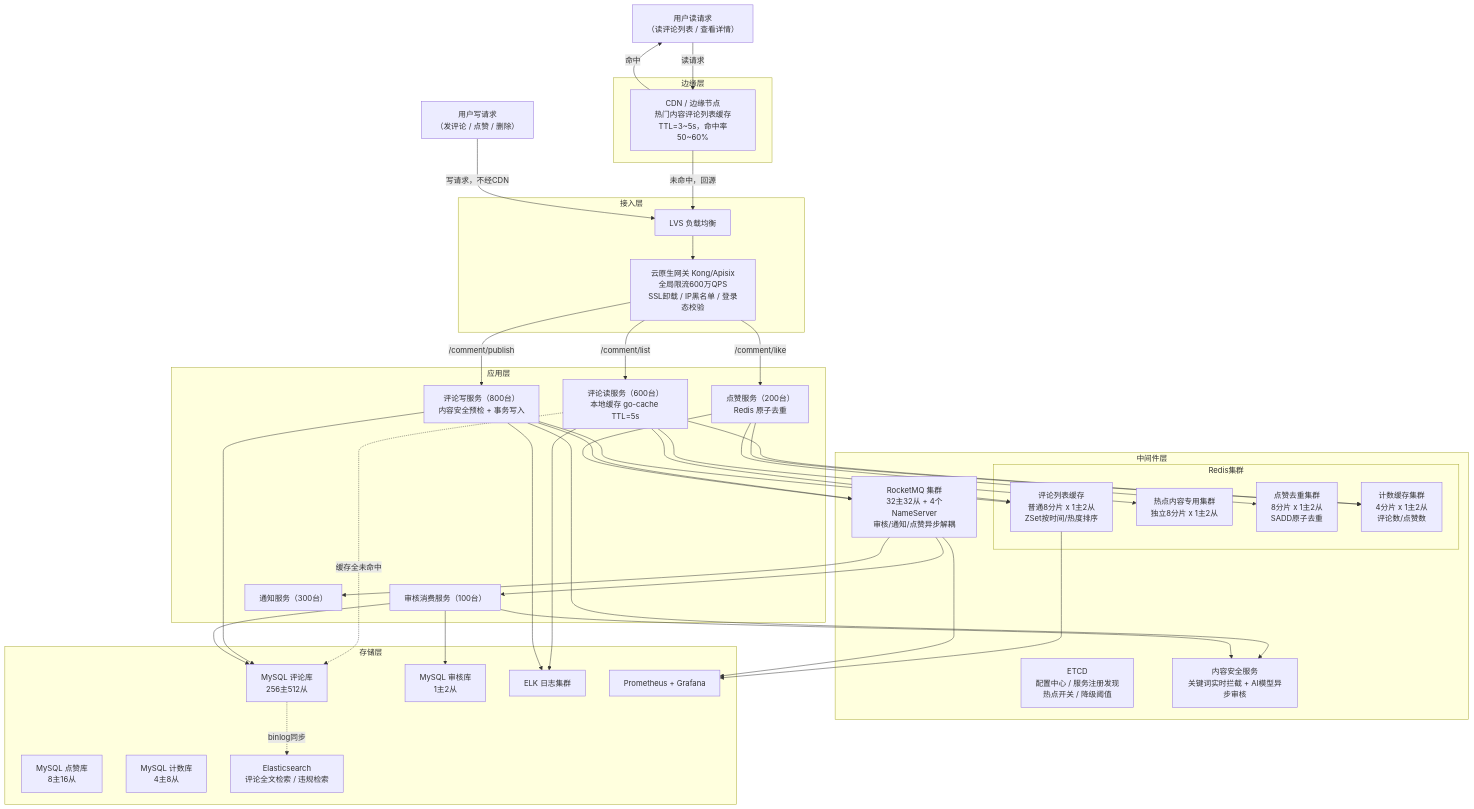
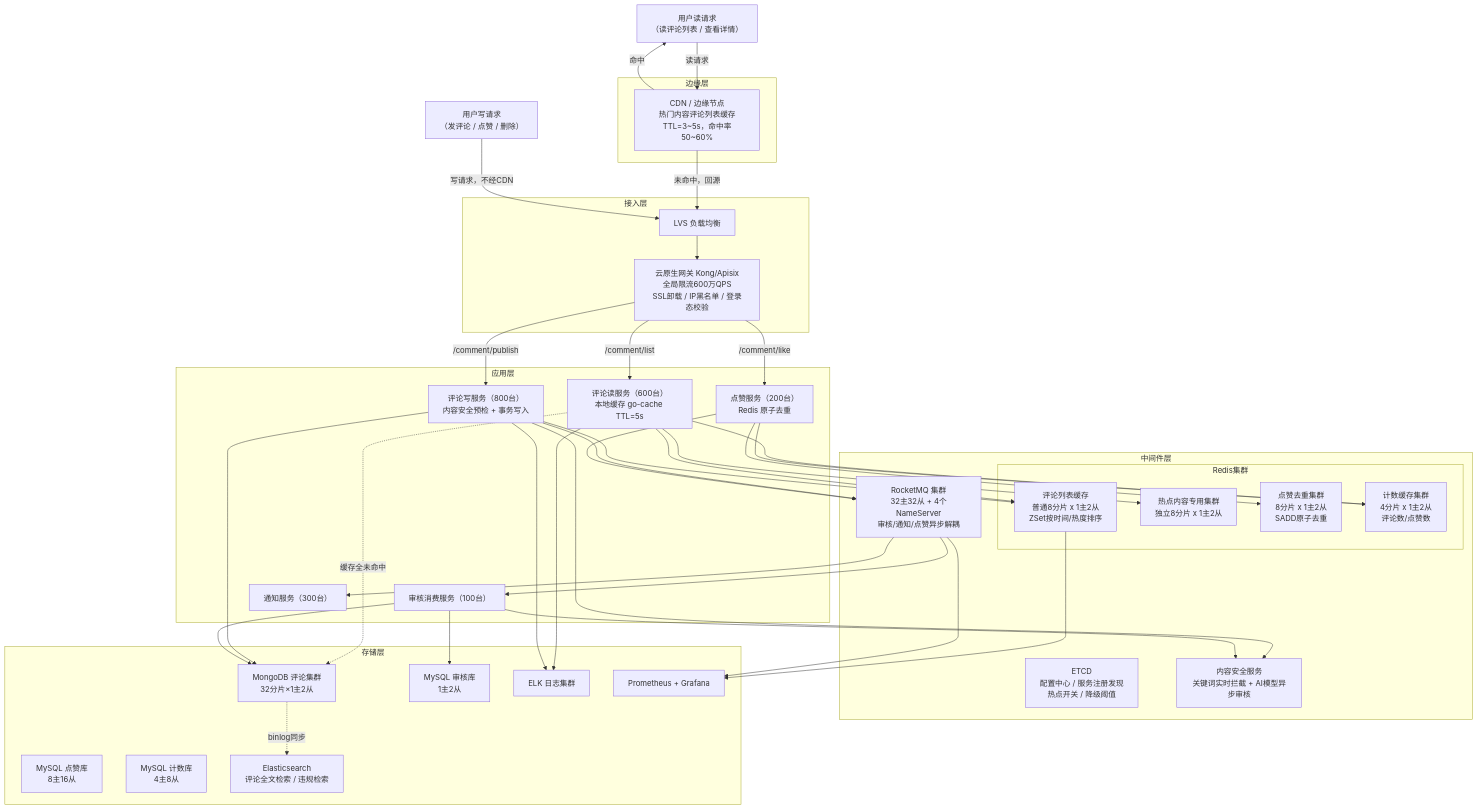
One commit to anjiadoo/my-algo-plan changed the diagram in system-design/comment-system-design.md. Above: the diagram before and after it, drawn with Mermaid. The commit also changed other lines of this file and 6 other files, not shown here.

```diff
--- a/system-design/comment-system-design.md
+++ b/system-design/comment-system-design.md
@@ -341,7 +360,7 @@
     end
 
     subgraph 存储层
-        DB_COMMENT["MySQL 评论库\n256主512从"]
+        DB_COMMENT["MongoDB 评论集群\n32分片×1主2从"]
         DB_LIKE["MySQL 点赞库\n8主16从"]
         DB_COUNT["MySQL 计数库\n4主8从"]
         DB_AUDIT["MySQL 审核库\n1主2从"]
```
